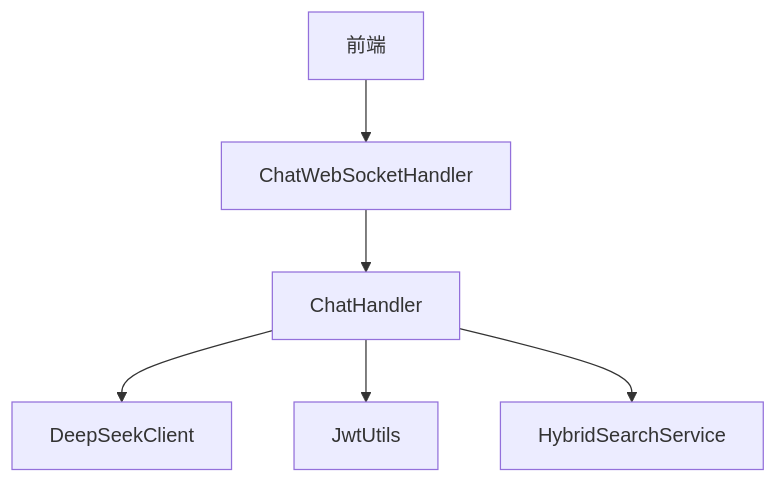
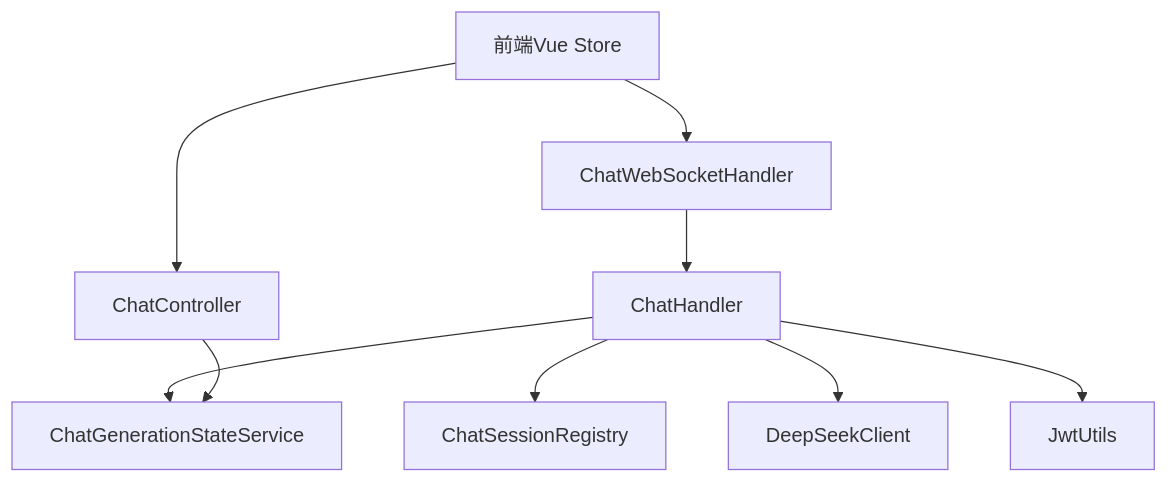
Before and after one commit to xuytwinter/PaiSmart: the eighth of 8 diagrams in .qoder/repowiki/zh/content/API参考/聊天API/WebSocket聊天API.md, drawn with Mermaid. The commit also changed other lines of this file and 12 other files, not shown here.

First line of the commit message:
Docs: chat generation state & processing updates

````diff
--- a/.qoder/repowiki/zh/content/API参考/聊天API/WebSocket聊天API.md
+++ b/.qoder/repowiki/zh/content/API参考/聊天API/WebSocket聊天API.md
@@ -221,8 +416,11 @@
 ```mermaid
 graph TD
 A[ChatWebSocketHandler] --> B[ChatHandler]
-B --> C[DeepSeekClient]
-B --> D[JwtUtils]
-B --> E[HybridSearchService]
-F[前端] --> A
+B --> C[ChatGenerationStateService]
+B --> D[ChatSessionRegistry]
+B --> E[DeepSeekClient]
+B --> F[JwtUtils]
+G[ChatController] --> C
+H[前端Vue Store] --> A
+H --> G
 ```
````
